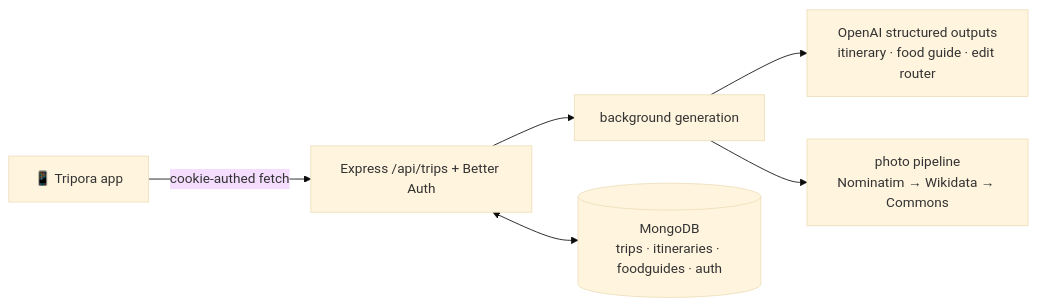
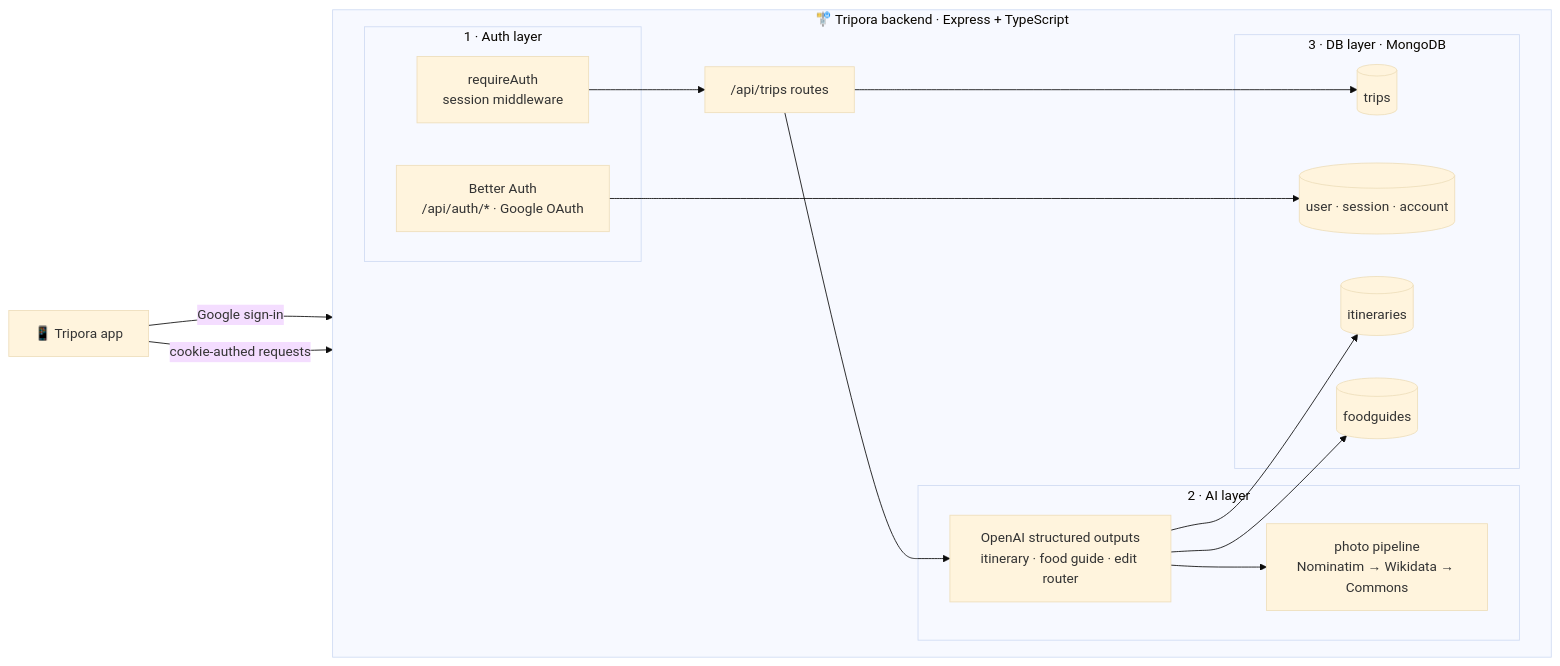
The diagram in README.md (yashraut362/Tripora-backend), drawn with Mermaid (base theme) before and after one commit.

Commit message:
updated architecure in readme

````diff
--- a/README.md
+++ b/README.md
@@ -19,8 +19,34 @@
 ```mermaid
 flowchart LR
-  app["📱 Tripora app"] -->|cookie-authed fetch| api["Express /api/trips + Better Auth"]
-  api --> gen["background generation"]
-  gen --> ai["OpenAI structured outputs<br/>itinerary · food guide · edit router"]
-  gen --> photos["photo pipeline<br/>Nominatim → Wikidata → Commons"]
-  api <--> db[("MongoDB<br/>trips · itineraries · foodguides · auth")]
+  app["📱 Tripora app"]
+
+  subgraph backend["🚏 Tripora backend · Express + TypeScript"]
+    direction LR
+    routes["/api/trips routes"]
+
+    subgraph auth["1 · Auth layer"]
+      ba["Better Auth<br/>/api/auth/* · Google OAuth"]
+      guard["requireAuth<br/>session middleware"]
+    end
+
+    subgraph ai["2 · AI layer"]
+      gen["OpenAI structured outputs<br/>itinerary · food guide · edit router"]
+      photos["photo pipeline<br/>Nominatim → Wikidata → Commons"]
+    end
+
+    subgraph db["3 · DB layer · MongoDB"]
+      trips[("trips")]
+      itineraries[("itineraries")]
+      foodguides[("foodguides")]
+      users[("user · session · account")]
+    end
+  end
+
+  app -->|"Google sign-in"| ba
+  app -->|"cookie-authed requests"| guard --> routes
+  ba --> users
+  routes --> trips
+  routes --> gen --> photos
+  gen --> itineraries
+  gen --> foodguides
 ```
````
